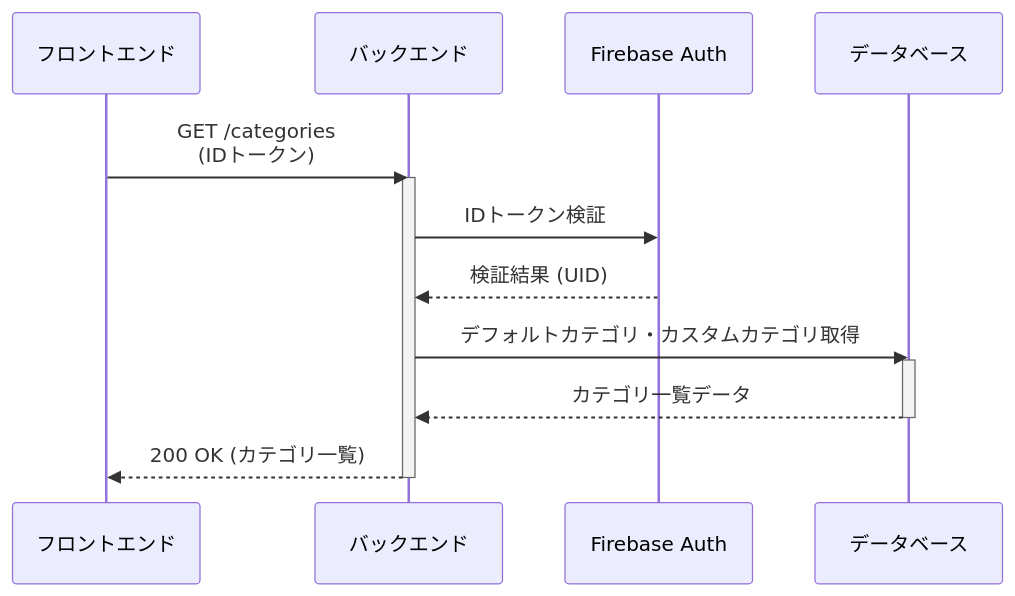
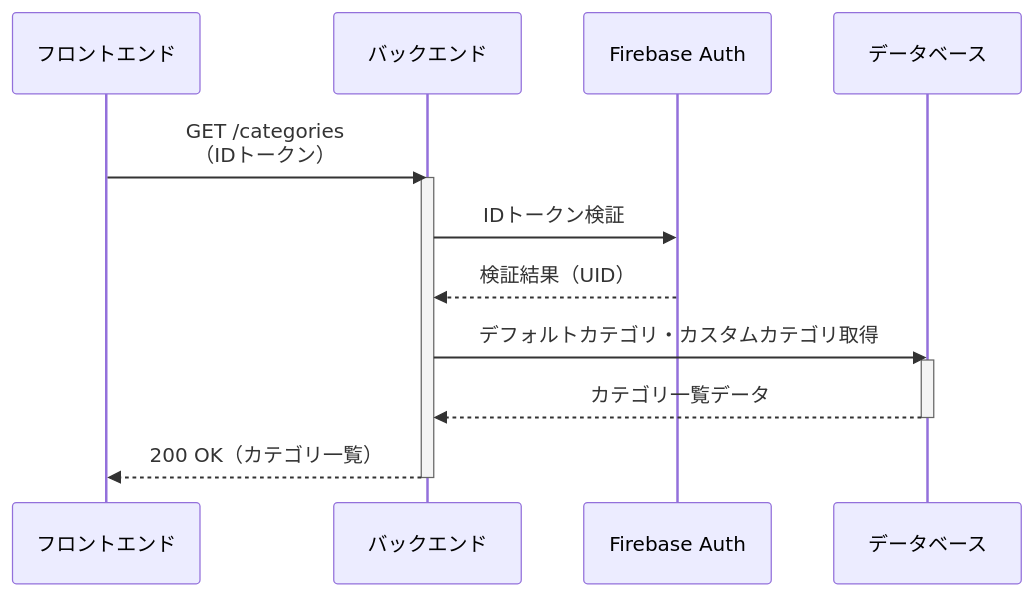
Before and after one commit to miki-hayashi-71/inventory-api: the second of 9 diagrams in doc/seaquence.md, drawn with Mermaid. The commit also changed other lines of this file, not shown here.

Commit message:
docs: Revise sequence diagram to clarify subjects and improve layout

````diff
--- a/doc/seaquence.md
+++ b/doc/seaquence.md
@@ -39,20 +39,20 @@
 ```mermaid
 sequenceDiagram
     participant フロントエンド
     participant バックエンド
     participant Firebase Auth
     participant データベース
 
-    フロントエンド->>バックエンド: GET /categories <br> (IDトークン)
+    フロントエンド->>バックエンド: GET /categories <br>（IDトークン）
     activate バックエンド
     バックエンド->>Firebase Auth: IDトークン検証
-    Firebase Auth-->>バックエンド: 検証結果 (UID)
+    Firebase Auth-->>バックエンド: 検証結果（UID）
 
     バックエンド->>データベース: デフォルトカテゴリ・カスタムカテゴリ取得
     activate データベース
     データベース-->>バックエンド: カテゴリ一覧データ
     deactivate データベース
 
-    バックエンド-->>フロントエンド: 200 OK (カテゴリ一覧)
+    バックエンド-->>フロントエンド: 200 OK（カテゴリ一覧）
     deactivate バックエンド
 ```
````
